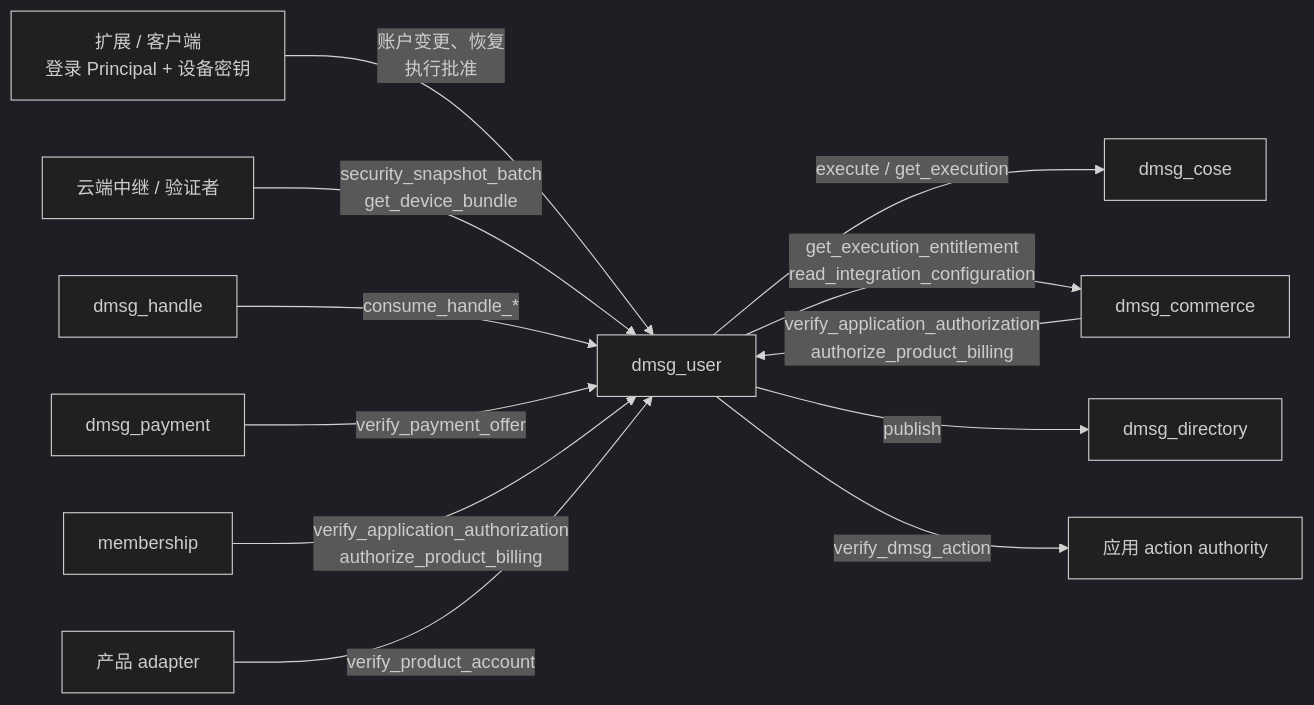
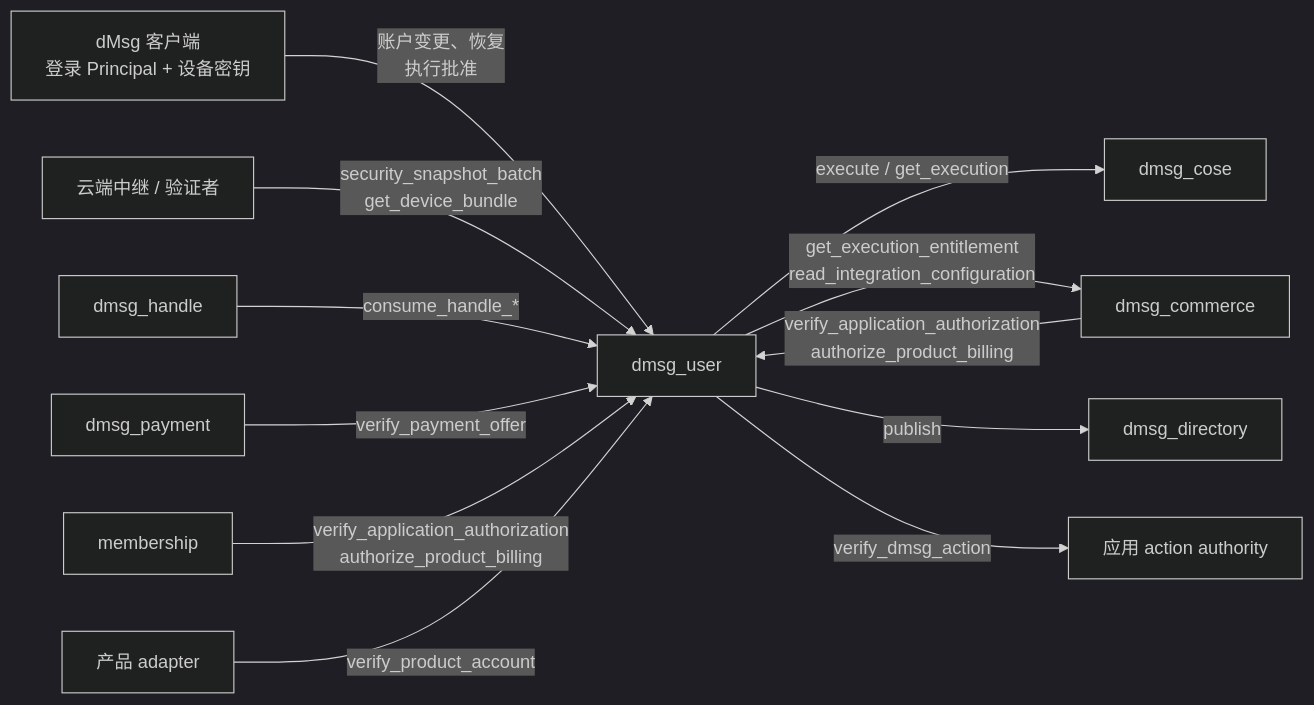
One commit to ldclabs/ic-panda changed the diagram in src/dmsg_user/README.md. Above: the diagram before and after it, drawn with Mermaid (dark theme). The commit also changed other lines of this file and 259 other files, not shown here.

````diff
--- a/src/dmsg_user/README.md
+++ b/src/dmsg_user/README.md
@@ -13,14 +13,14 @@
 ```mermaid
 flowchart LR
-  C["扩展 / 客户端<br/>登录 Principal + 设备密钥"] -- "账户变更、恢复<br/>执行批准" --> U["dmsg_user"]
+  C["dMsg 客户端<br/>登录 Principal + 设备密钥"] -- "账户变更、恢复<br/>执行批准" --> U["dmsg_user"]
   V["云端中继 / 验证者"] -- "security_snapshot_batch<br/>get_device_bundle" --> U
   U -- "execute / get_execution" --> K["dmsg_cose"]
   U -- "get_execution_entitlement<br/>read_integration_configuration" --> M["dmsg_commerce"]
   U -- "publish" --> D["dmsg_directory"]
   U -- "verify_dmsg_action" --> A["应用 action authority"]
   H["dmsg_handle"] -- "consume_handle_*" --> U
   P["dmsg_payment"] -- "verify_payment_offer" --> U
   M -- "verify_application_authorization<br/>authorize_product_billing" --> U
   S["membership"] -- "verify_application_authorization<br/>authorize_product_billing" --> U
   AD["产品 adapter"] -- "verify_product_account" --> U
 ```
````
